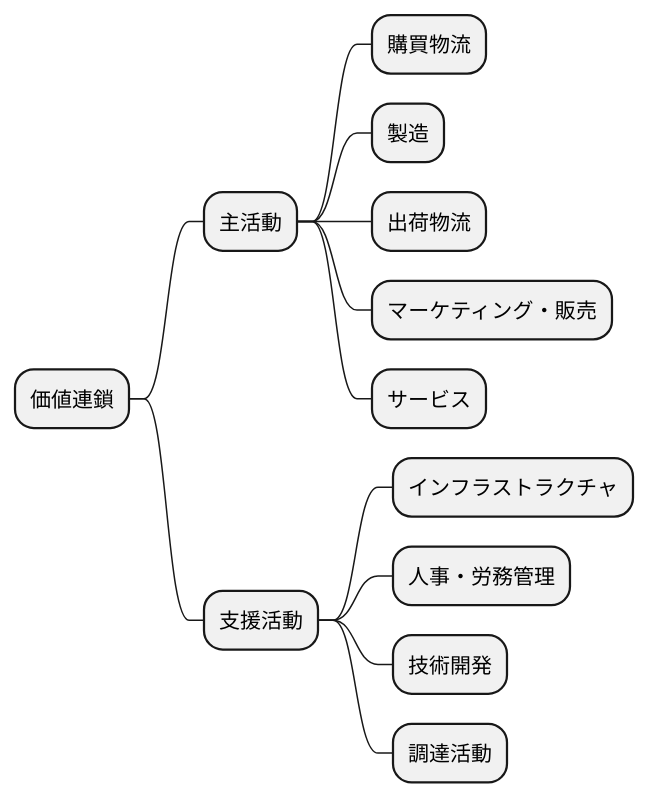
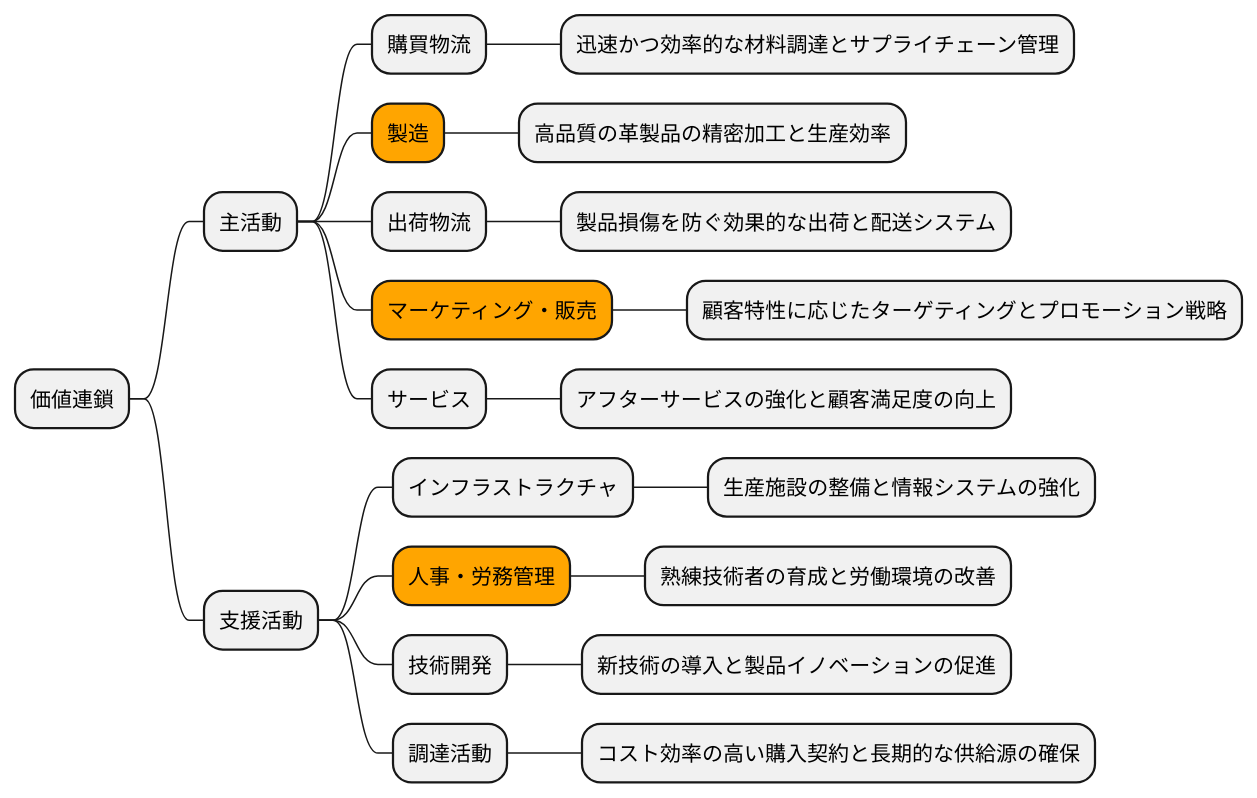
Before and after one commit to k2works/case-sutudy-business-analysis: the tenth of 16 diagrams in docs/case/r03_case_3.adoc, drawn with PlantUML. The commit also changed other lines of this file, not shown here.

```diff
--- a/docs/case/r03_case_3.adoc
+++ b/docs/case/r03_case_3.adoc
@@ -259,19 +316,28 @@
 [plantuml]
 ----
 @startmindmap
 
 * 価値連鎖
 ** 主活動
 *** 購買物流
-*** 製造
+**** 迅速かつ効率的な材料調達とサプライチェーン管理
+***[#orange] 製造
+**** 高品質の革製品の精密加工と生産効率
 *** 出荷物流
-*** マーケティング・販売
+**** 製品損傷を防ぐ効果的な出荷と配送システム
+***[#orange] マーケティング・販売
+**** 顧客特性に応じたターゲティングとプロモーション戦略
 *** サービス
+**** アフターサービスの強化と顧客満足度の向上
 ** 支援活動
 *** インフラストラクチャ
-*** 人事・労務管理
+**** 生産施設の整備と情報システムの強化
+***[#orange] 人事・労務管理
+**** 熟練技術者の育成と労働環境の改善
 *** 技術開発
+**** 新技術の導入と製品イノベーションの促進
 *** 調達活動
+**** コスト効率の高い購入契約と長期的な供給源の確保
 
 @endmindmap
 ----
```
